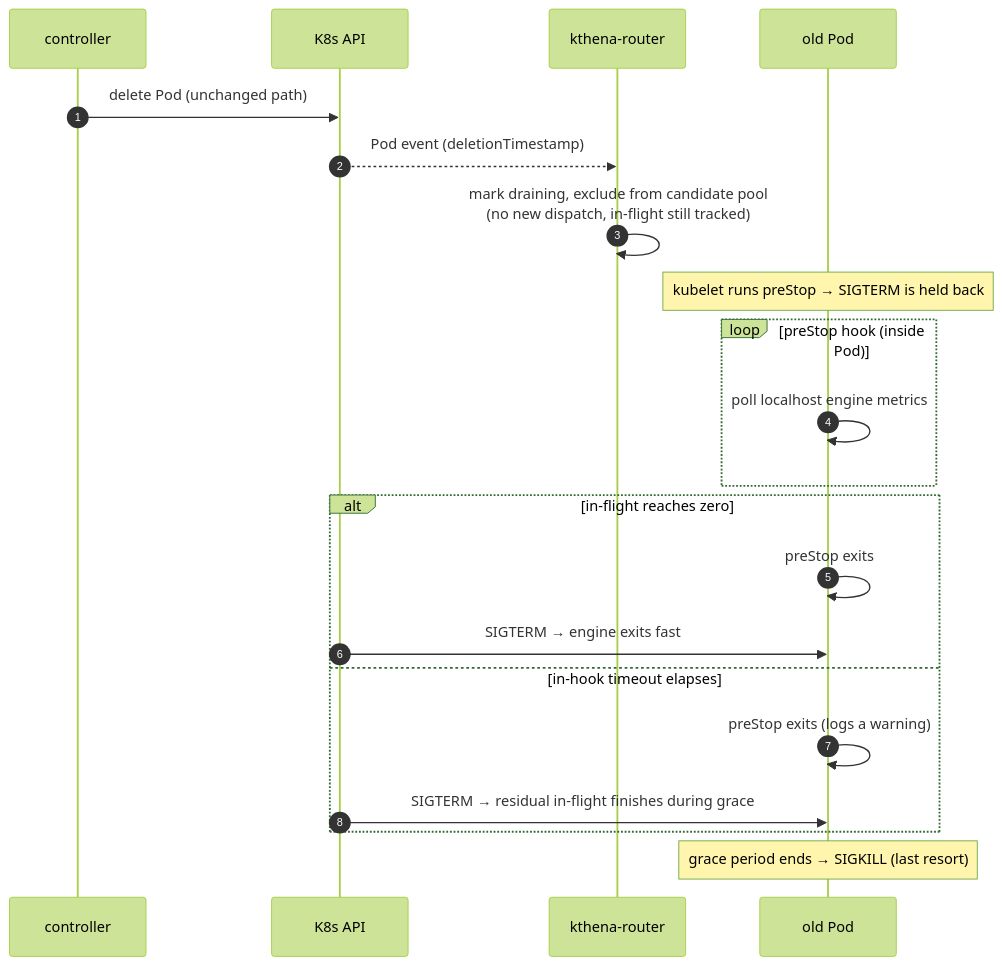
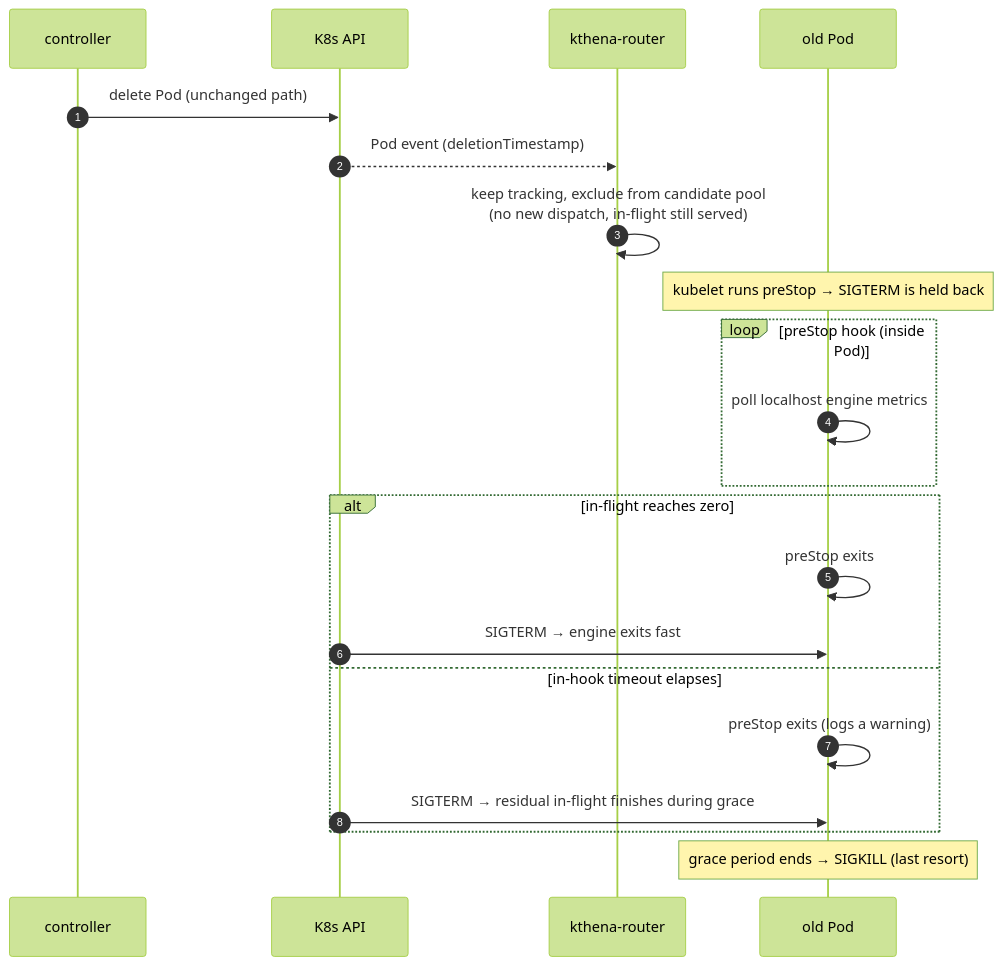
One commit to volcano-sh/kthena changed the diagram in docs/proposal/modelserving-lossless-upgrade.md. Above: the diagram before and after it, drawn with Mermaid (forest theme). The commit also changed other lines of this file, not shown here.

````diff
--- a/docs/proposal/modelserving-lossless-upgrade.md
+++ b/docs/proposal/modelserving-lossless-upgrade.md
@@ -86,24 +86,24 @@
 ```mermaid
 sequenceDiagram
     autonumber
     participant C as controller
     participant A as K8s API
     participant R as kthena-router
     participant P as old Pod
 
     C->>A: delete Pod (unchanged path)
     A-->>R: Pod event (deletionTimestamp)
-    R->>R: mark draining, exclude from candidate pool<br/>(no new dispatch, in-flight still tracked)
+    R->>R: keep tracking, exclude from candidate pool<br/>(no new dispatch, in-flight still served)
     Note over P: kubelet runs preStop → SIGTERM is held back
     loop preStop hook (inside Pod)
         P->>P: poll localhost engine metrics
     end
     alt in-flight reaches zero
         P->>P: preStop exits
         A->>P: SIGTERM → engine exits fast
     else in-hook timeout elapses
         P->>P: preStop exits (logs a warning)
         A->>P: SIGTERM → residual in-flight finishes during grace
     end
     Note over P: grace period ends → SIGKILL (last resort)
 ```
````
